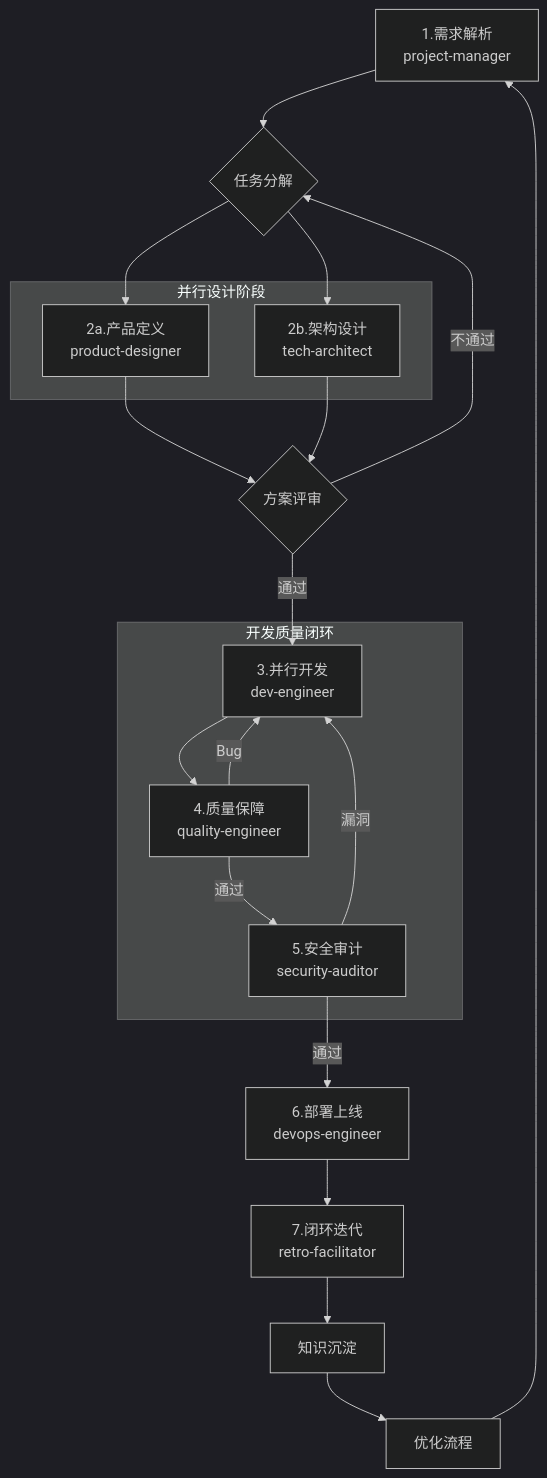
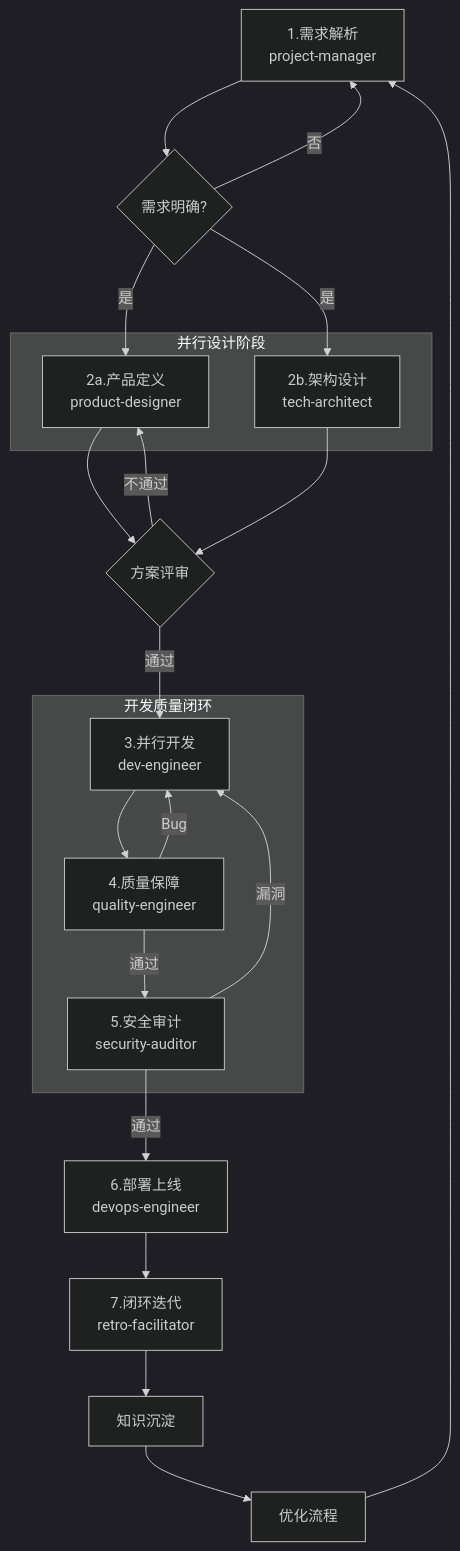
The third of 6 diagrams in skills/project-manager/SKILL.md (Tooooommy/Trae-Workflow), drawn with Mermaid (dark theme) before and after one commit. The commit also changed other lines of this file, not shown here.

First line of the commit message:
refactor(project-manager): 调整需求解析阶段职责

````diff
--- a/skills/project-manager/SKILL.md
+++ b/skills/project-manager/SKILL.md
@@ -143,31 +137,32 @@
 ```mermaid
 flowchart TD
-    A[1.需求解析<br/>project-manager] --> B{任务分解}
-    B --> C[2a.产品定义<br/>product-designer]
-    B --> D[2b.架构设计<br/>tech-architect]
+    A[1.需求解析<br/>project-manager] --> B{需求明确?}
+    B -->|否| A
+    B -->|是| C[2a.产品定义<br/>product-designer]
+    B -->|是| D[2b.架构设计<br/>tech-architect]
     C & D --> E{方案评审}
     E -->|通过| F[3.并行开发<br/>dev-engineer]
-    E -->|不通过| B
+    E -->|不通过| C
 
     F --> G[4.质量保障<br/>quality-engineer]
     G -->|Bug| F
     G -->|通过| H[5.安全审计<br/>security-auditor]
     H -->|漏洞| F
     H -->|通过| I[6.部署上线<br/>devops-engineer]
 
     I --> J[7.闭环迭代<br/>retro-facilitator]
     J --> K[知识沉淀]
     K --> L[优化流程]
     L --> A
 
     subgraph "并行设计阶段"
         C
         D
     end
 
     subgraph "开发质量闭环"
         F
         G
         H
     end
 ```
````
